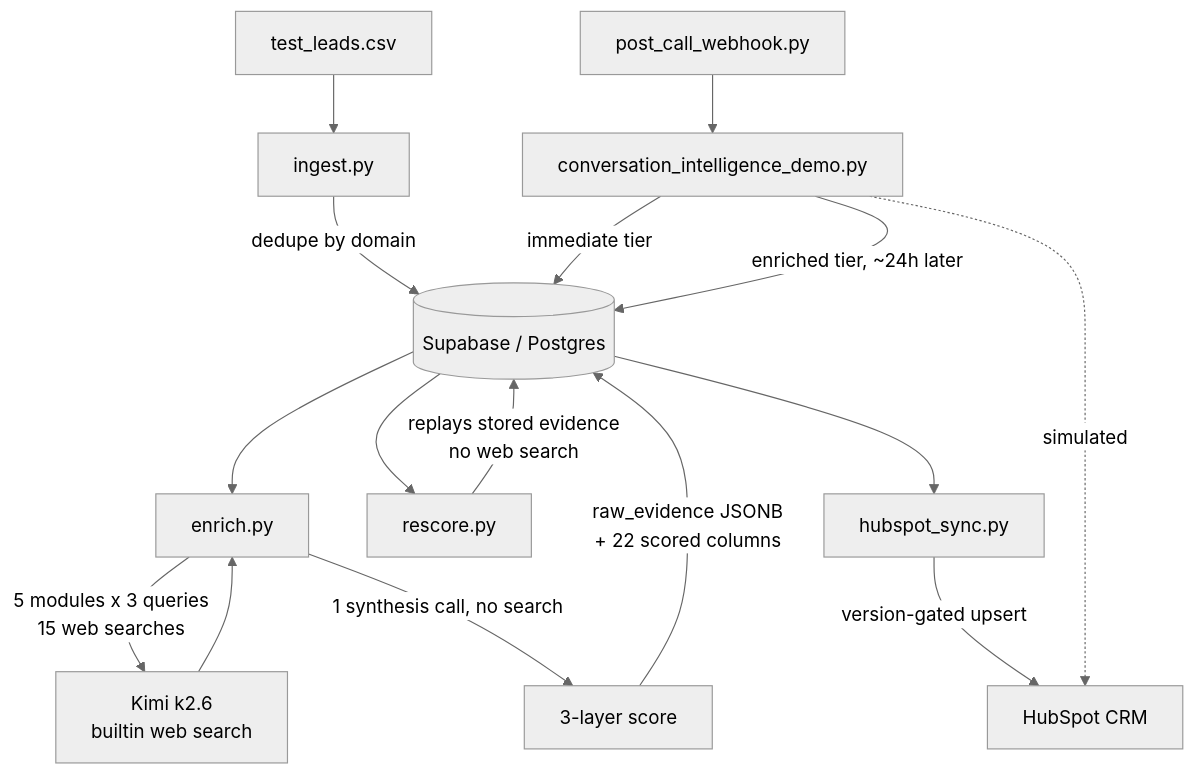
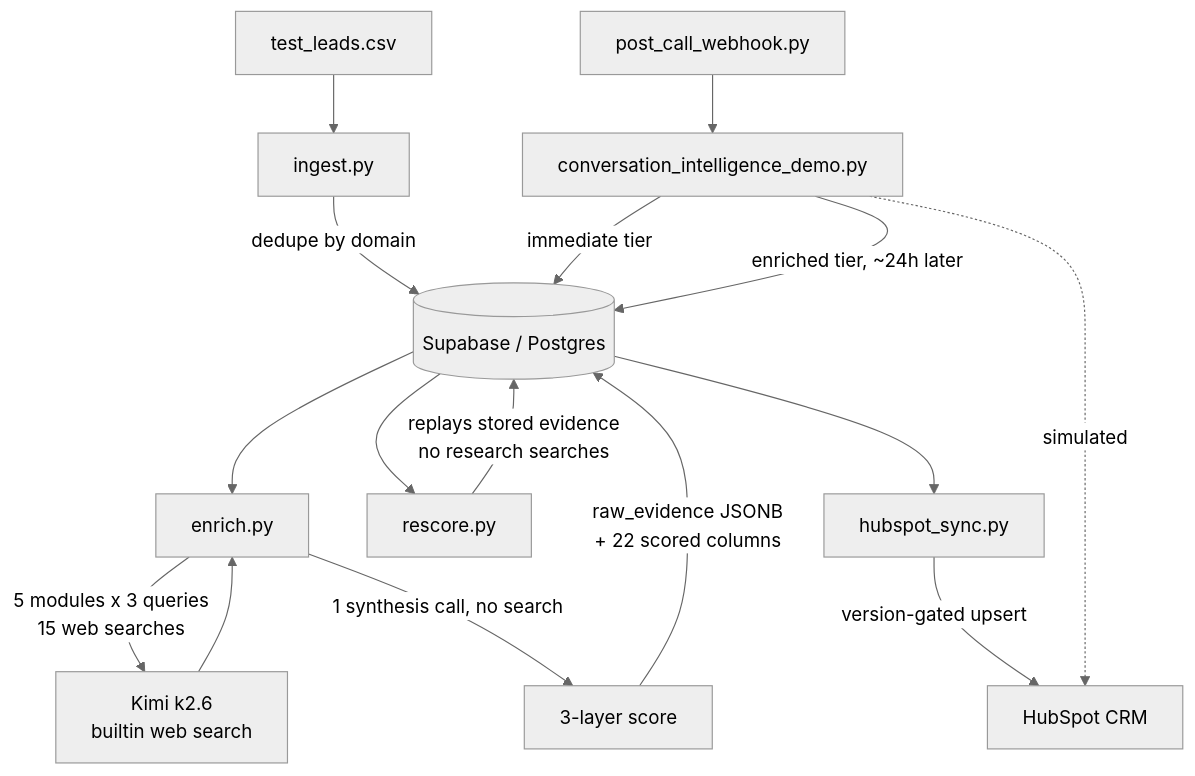
The diagram in README.md (timmothy17/GTM-enrichment-pipeline), drawn with Mermaid (neutral theme) before and after one commit. The commit also changed other lines of this file and 1 other file, not shown here.

First line of the commit message:
Make territory backfill opt-in; correct the README's zero-search claim

````diff
--- a/README.md
+++ b/README.md
@@ -15,18 +15,18 @@
 ```mermaid
 flowchart TD
     CSV[test_leads.csv] --> ING[ingest.py]
     ING -->|dedupe by domain| DB[(Supabase / Postgres)]
     DB --> ENR[enrich.py]
     ENR -->|5 modules x 3 queries<br/>15 web searches| KIMI[Kimi k2.6<br/>builtin web search]
     KIMI --> ENR
     ENR -->|1 synthesis call, no search| SYN[3-layer score]
     SYN -->|raw_evidence JSONB<br/>+ 22 scored columns| DB
     DB --> RES[rescore.py]
-    RES -->|replays stored evidence<br/>no web search| DB
+    RES -->|replays stored evidence<br/>no research searches| DB
     DB --> SYNC[hubspot_sync.py]
     SYNC -->|version-gated upsert| HS[HubSpot CRM]
     WH[post_call_webhook.py] --> CI[conversation_intelligence_demo.py]
     CI -->|immediate tier| DB
     CI -->|enriched tier, ~24h later| DB
     CI -.simulated.-> HS
 ```
````
